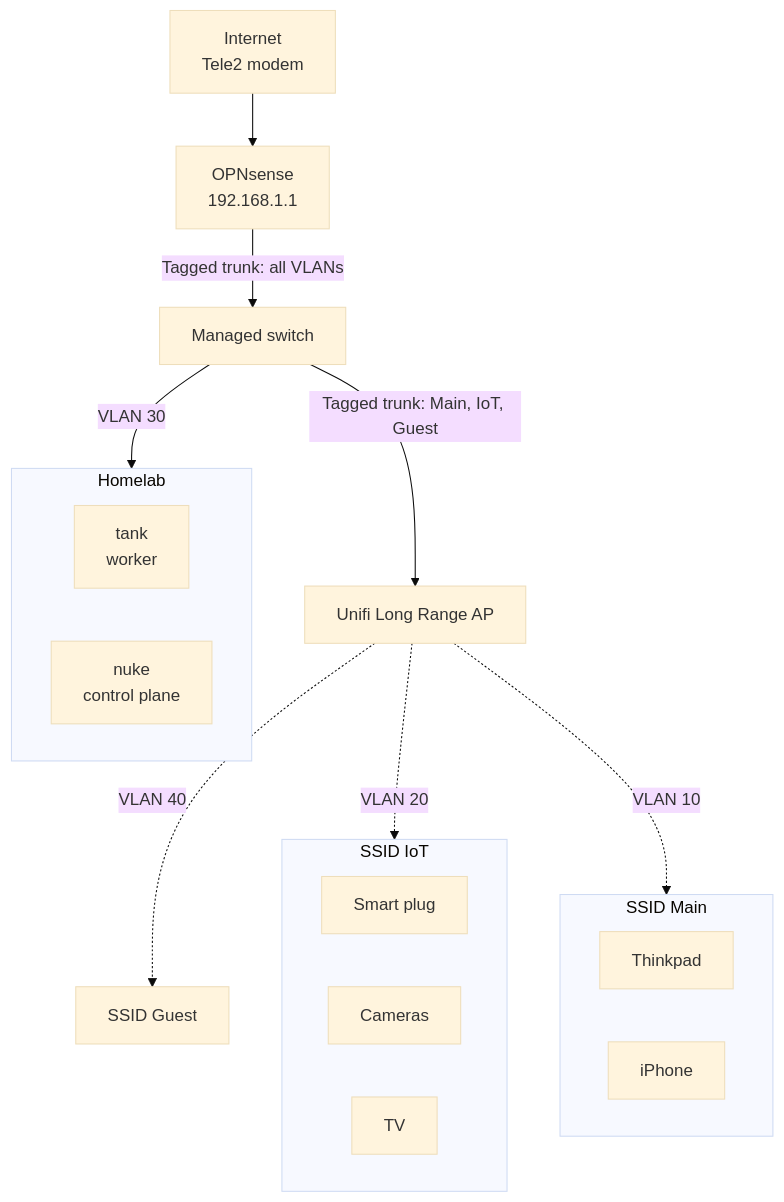
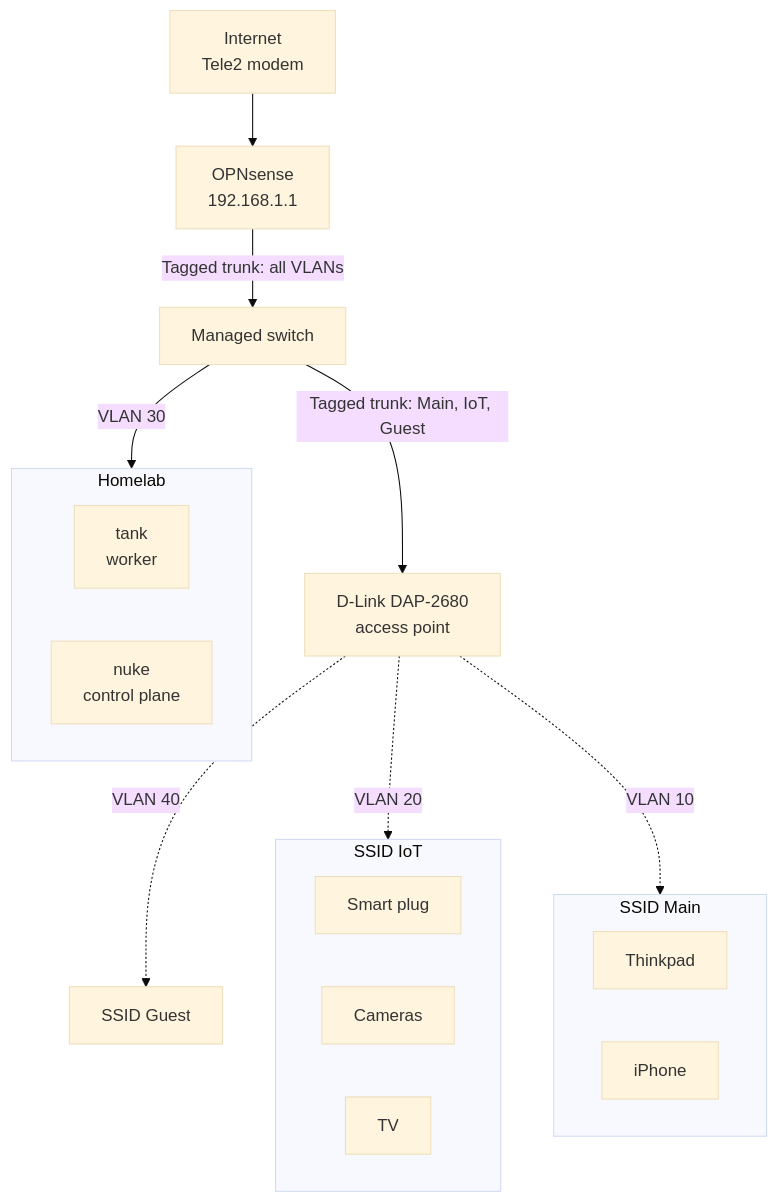
Before and after one commit to Megjafari/home-ops: the third of 3 diagrams in README.md, drawn with Mermaid (base theme). The commit also changed other lines of this file, not shown here.

Commit message:
docs: the access point is a D-Link DAP-2680, not a Unifi AP

````diff
--- a/README.md
+++ b/README.md
@@ -82,23 +82,23 @@
 ```mermaid
 flowchart TD
     Internet["Internet<br/>Tele2 modem"] --> OPN["OPNsense<br/>192.168.1.1"]
     OPN -->|"Tagged trunk: all VLANs"| SW["Managed switch"]
     SW -->|"VLAN 30"| Lab
-    SW -->|"Tagged trunk: Main, IoT, Guest"| AP["Unifi Long Range AP"]
+    SW -->|"Tagged trunk: Main, IoT, Guest"| AP["D-Link DAP-2680<br/>access point"]
     subgraph Lab["Homelab"]
         tank["tank<br/>worker"]
         nuke["nuke<br/>control plane"]
     end
     AP -.->|"VLAN 20"| IoT
     AP -.->|"VLAN 10"| Main
     AP -.->|"VLAN 40"| Guest["SSID Guest"]
     subgraph IoT["SSID IoT"]
         plug["Smart plug"]
         cam["Cameras"]
         tv["TV"]
     end
     subgraph Main["SSID Main"]
         thinkpad["Thinkpad"]
         iphone["iPhone"]
     end
 ```
````
